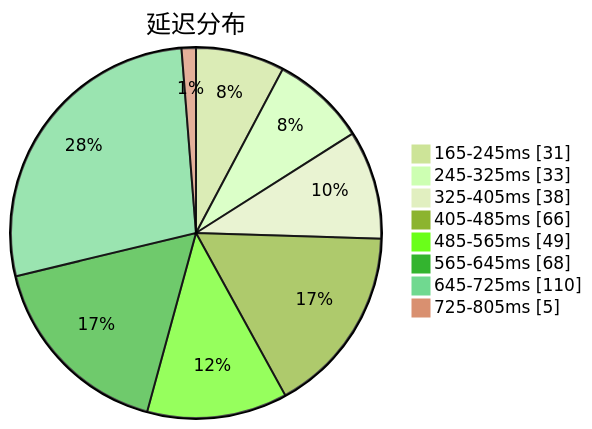
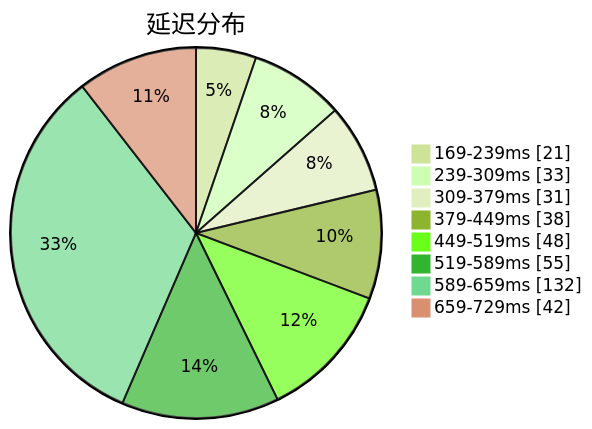
The first of 3 diagrams in subs/statistics/tested_within.md (qjlxg/airport), drawn with Mermaid (forest theme) before and after one commit. The commit also changed other lines of this file and 2 other files, not shown here.

````diff
--- a/subs/statistics/tested_within.md
+++ b/subs/statistics/tested_within.md
@@ -2,12 +2,12 @@
 ```mermaid
 pie showData
 title 延迟分布
-"165-245ms" : 31
-"245-325ms" : 33
-"325-405ms" : 38
-"405-485ms" : 66
-"485-565ms" : 49
-"565-645ms" : 68
-"645-725ms" : 110
-"725-805ms" : 5
+"169-239ms" : 21
+"239-309ms" : 33
+"309-379ms" : 31
+"379-449ms" : 38
+"449-519ms" : 48
+"519-589ms" : 55
+"589-659ms" : 132
+"659-729ms" : 42
 ```
````
